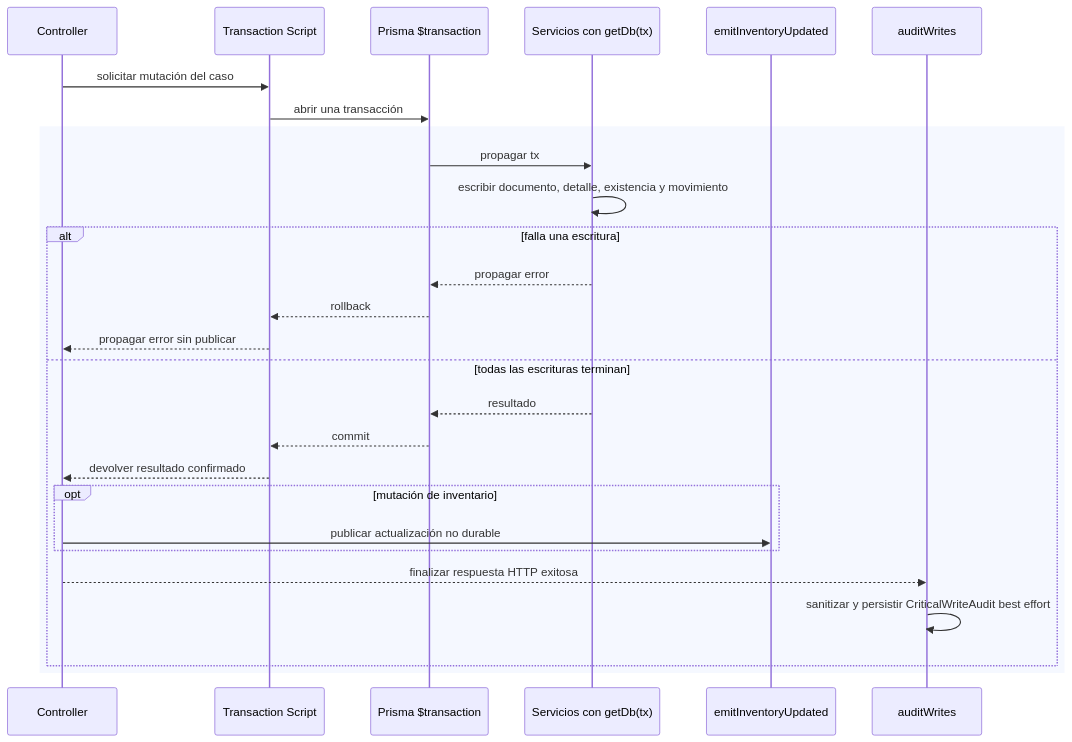
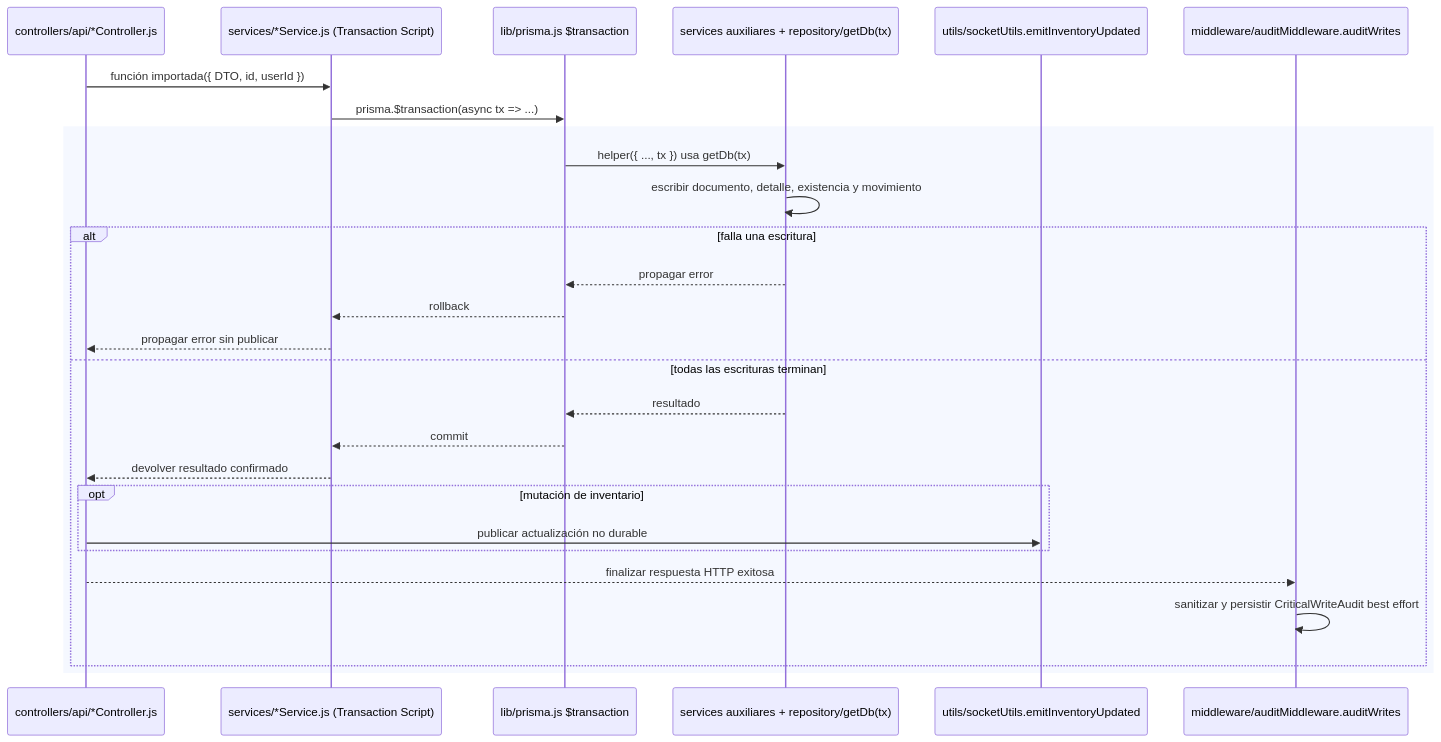
Before and after one commit to gpgsistemas01/nexus: the fourth of 6 diagrams in docs/architecture/design-and-construction-patterns.md, drawn with Mermaid. The commit also changed other lines of this file and 5 other files, not shown here.

````diff
--- a/docs/architecture/design-and-construction-patterns.md
+++ b/docs/architecture/design-and-construction-patterns.md
@@ -139,30 +172,30 @@
 ```mermaid
 sequenceDiagram
-    participant Controller as Controller
-    participant Service as Transaction Script
-    participant Prisma as Prisma $transaction
-    participant Writes as Servicios con getDb(tx)
-    participant Events as emitInventoryUpdated
-    participant Audit as auditWrites
+    participant Controller as controllers/api/*Controller.js
+    participant Service as services/*Service.js (Transaction Script)
+    participant Prisma as lib/prisma.js $transaction
+    participant Writes as services auxiliares + repository/getDb(tx)
+    participant Events as utils/socketUtils.emitInventoryUpdated
+    participant Audit as middleware/auditMiddleware.auditWrites
 
-    Controller->>Service: solicitar mutación del caso
-    Service->>Prisma: abrir una transacción
+    Controller->>Service: función importada({ DTO, id, userId })
+    Service->>Prisma: prisma.$transaction(async tx => ...)
     rect rgb(245, 248, 255)
-        Prisma->>Writes: propagar tx
+        Prisma->>Writes: helper({ ..., tx }) usa getDb(tx)
         Writes->>Writes: escribir documento, detalle, existencia y movimiento
         alt falla una escritura
             Writes-->>Prisma: propagar error
             Prisma-->>Service: rollback
             Service-->>Controller: propagar error sin publicar
         else todas las escrituras terminan
             Writes-->>Prisma: resultado
             Prisma-->>Service: commit
             Service-->>Controller: devolver resultado confirmado
             opt mutación de inventario
                 Controller->>Events: publicar actualización no durable
             end
             Controller-->>Audit: finalizar respuesta HTTP exitosa
             Audit->>Audit: sanitizar y persistir CriticalWriteAudit best effort
         end
     end
 ```
````
